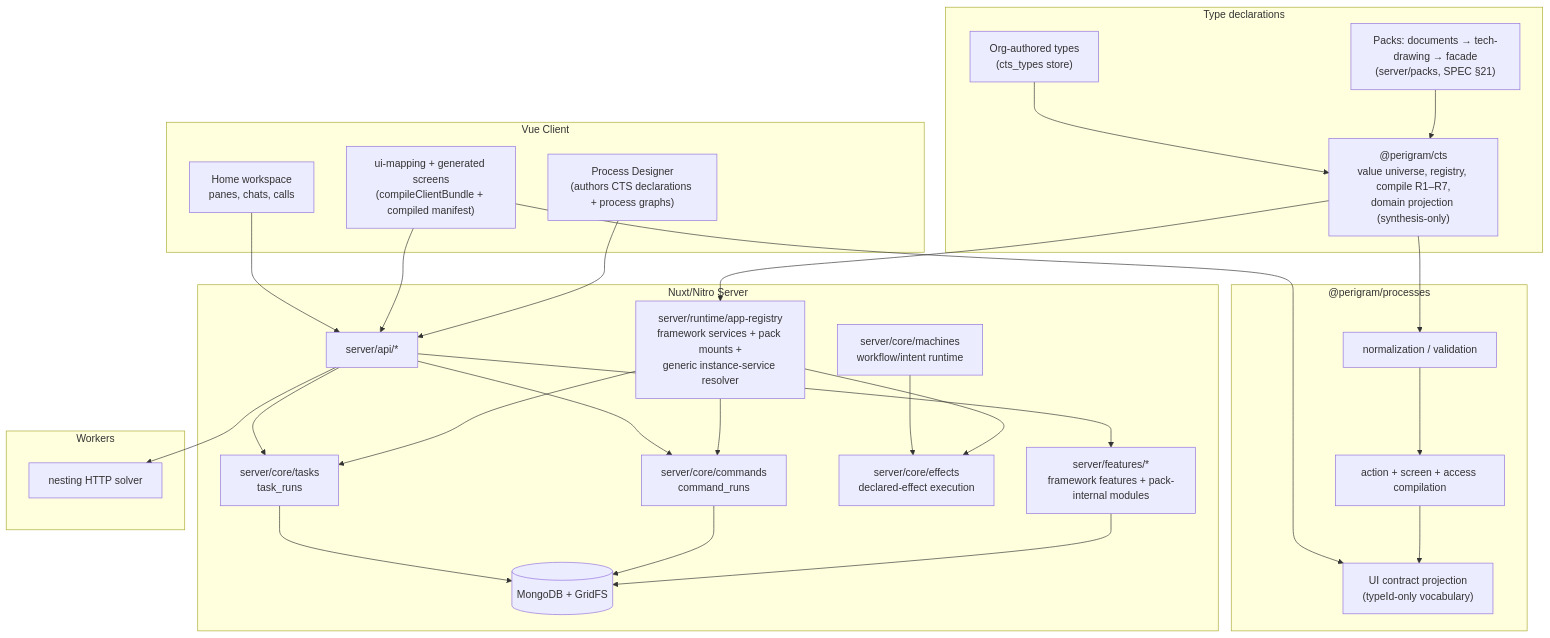
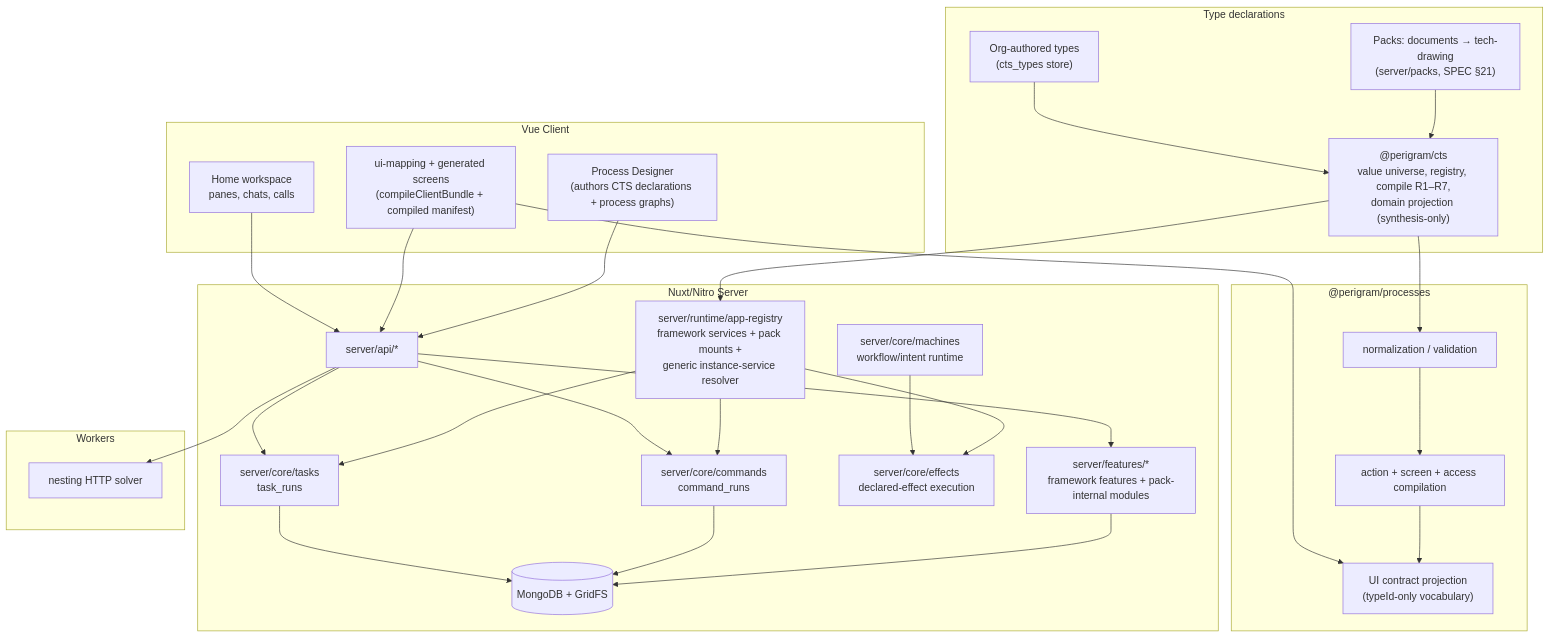
Before and after one commit to Perigram/perigram: the first of 2 diagrams in docs/SYSTEM_ARCHITECTURE.md, drawn with Mermaid. The commit also changed other lines of this file and 29 other files, not shown here.

Commit message:
neo: docs match the facade cut — packs/plugins/instances/api/workers contracts, SDK+authoring grammar, SPEC delivery, TODO milestones

````diff
--- a/docs/SYSTEM_ARCHITECTURE.md
+++ b/docs/SYSTEM_ARCHITECTURE.md
@@ -19,56 +19,56 @@
 ```mermaid
 flowchart TB
   subgraph Declarations["Type declarations"]
     Cts["@perigram/cts<br/>value universe, registry, compile R1–R7,<br/>domain projection (synthesis-only)"]
-    Packs["Packs: documents → tech-drawing → facade<br/>(server/packs, SPEC §21)"]
+    Packs["Packs: documents → tech-drawing<br/>(server/packs, SPEC §21)"]
     OrgTypes["Org-authored types<br/>(cts_types store)"]
   end
 
   subgraph Compiler["@perigram/processes"]
     Normalize["normalization / validation"]
     Actions["action + screen + access compilation"]
     UiContract["UI contract projection<br/>(typeId-only vocabulary)"]
   end
 
   subgraph Server["Nuxt/Nitro Server"]
     AppRegistry["server/runtime/app-registry<br/>framework services + pack mounts +<br/>generic instance-service resolver"]
     Commands["server/core/commands<br/>command_runs"]
     Tasks["server/core/tasks<br/>task_runs"]
     Effects["server/core/effects<br/>declared-effect execution"]
     Machines["server/core/machines<br/>workflow/intent runtime"]
     Features["server/features/*<br/>framework features + pack-internal modules"]
     Api["server/api/*"]
     Mongo[(MongoDB + GridFS)]
   end
 
   subgraph Frontend["Vue Client"]
     Designer["Process Designer<br/>(authors CTS declarations + process graphs)"]
     Generator["ui-mapping + generated screens<br/>(compileClientBundle + compiled manifest)"]
     Home["Home workspace<br/>panes, chats, calls"]
   end
 
   subgraph Workers["Workers"]
     NestingWorker["nesting HTTP solver"]
   end
 
   Packs --> Cts
   OrgTypes --> Cts
   Cts --> AppRegistry
   Cts --> Normalize
   Normalize --> Actions --> UiContract
   AppRegistry --> Commands
   AppRegistry --> Tasks
   AppRegistry --> Effects
   Machines --> Effects
   Api --> Commands
   Api --> Tasks
   Api --> Features
   Features --> Mongo
   Commands --> Mongo
   Tasks --> Mongo
   Designer --> Api
   Generator --> UiContract
   Generator --> Api
   Home --> Api
   Api --> NestingWorker
 ```
````
